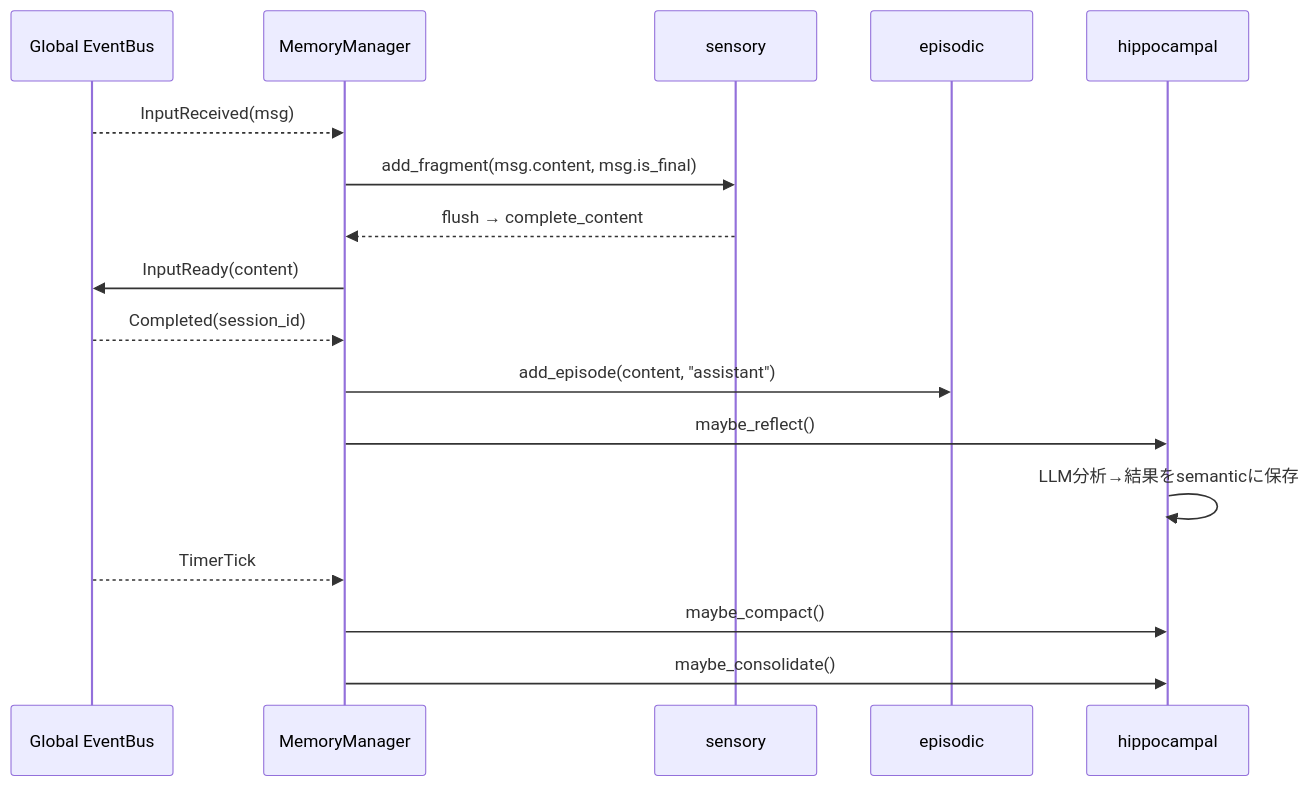
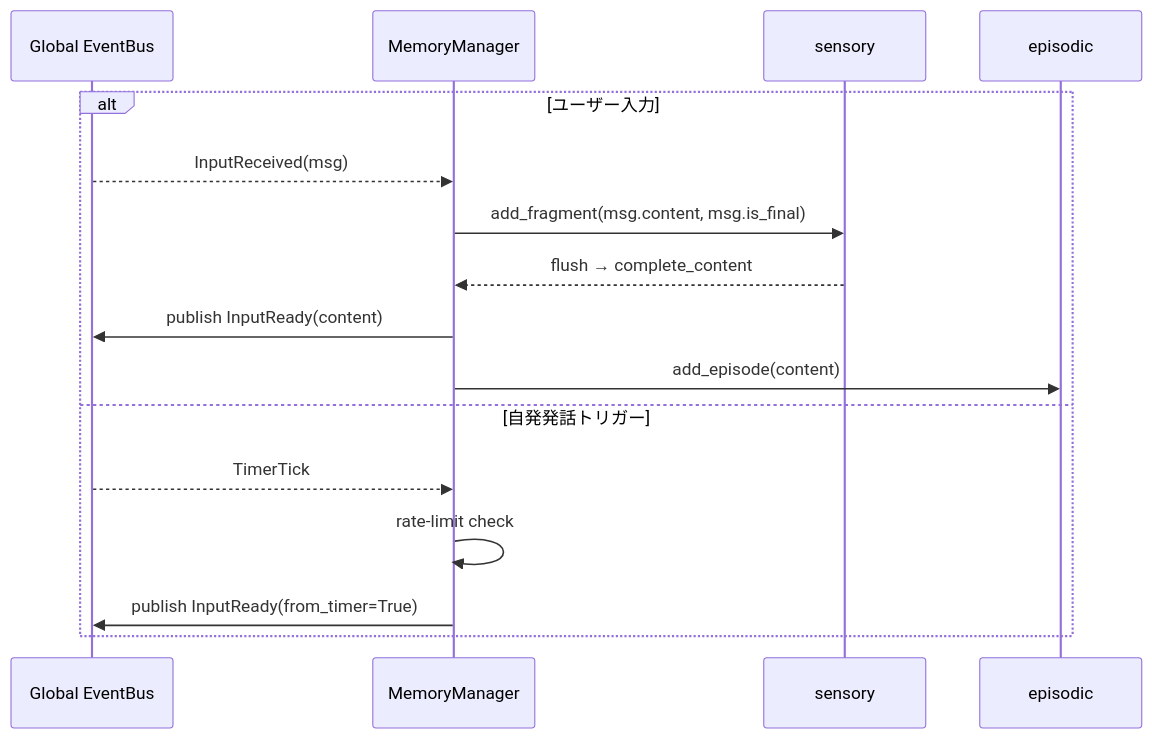
Before and after one commit to ibukani/iris-mind: the diagram in docs/memory-layer.md, drawn with Mermaid. The commit also changed other lines of this file and 3 other files, not shown here.

````diff
--- a/docs/memory-layer.md
+++ b/docs/memory-layer.md
@@ -178,22 +151,19 @@
 ```mermaid
 sequenceDiagram
     participant EB as Global EventBus
     participant MGR as MemoryManager
     participant SEN as sensory
     participant EP as episodic
-    participant HIP as hippocampal
 
-    EB-->>MGR: InputReceived(msg)
-    MGR->>SEN: add_fragment(msg.content, msg.is_final)
-    SEN-->>MGR: flush → complete_content
-    MGR->>EB: InputReady(content)
-
-    EB-->>MGR: Completed(session_id)
-    MGR->>EP: add_episode(content, "assistant")
-    MGR->>HIP: maybe_reflect()
-    HIP->>HIP: LLM分析→結果をsemanticに保存
-
-    EB-->>MGR: TimerTick
-    MGR->>HIP: maybe_compact()
-    MGR->>HIP: maybe_consolidate()
+    alt ユーザー入力
+        EB-->>MGR: InputReceived(msg)
+        MGR->>SEN: add_fragment(msg.content, msg.is_final)
+        SEN-->>MGR: flush → complete_content
+        MGR->>EB: publish InputReady(content)
+        MGR->>EP: add_episode(content)
+    else 自発発話トリガー
+        EB-->>MGR: TimerTick
+        MGR->>MGR: rate-limit check
+        MGR->>EB: publish InputReady(from_timer=True)
+    end
 ```
````
